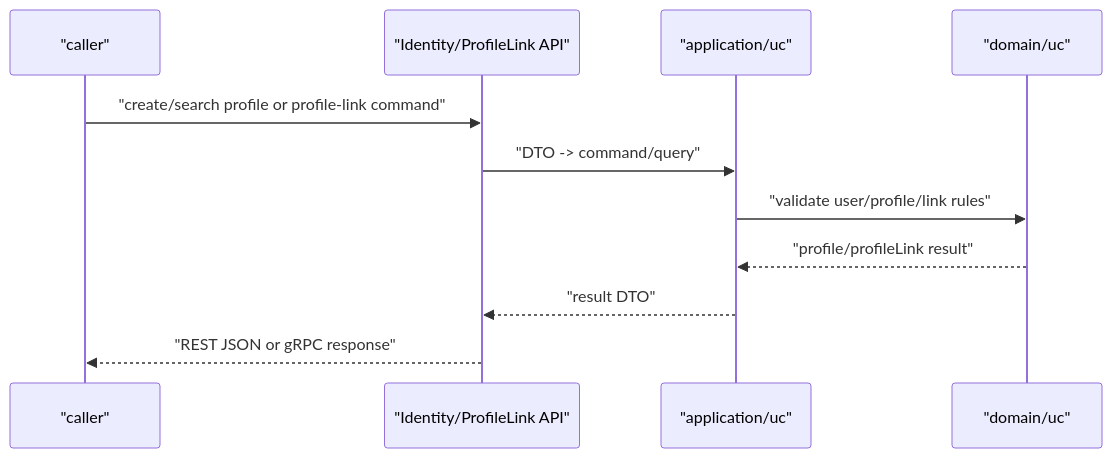
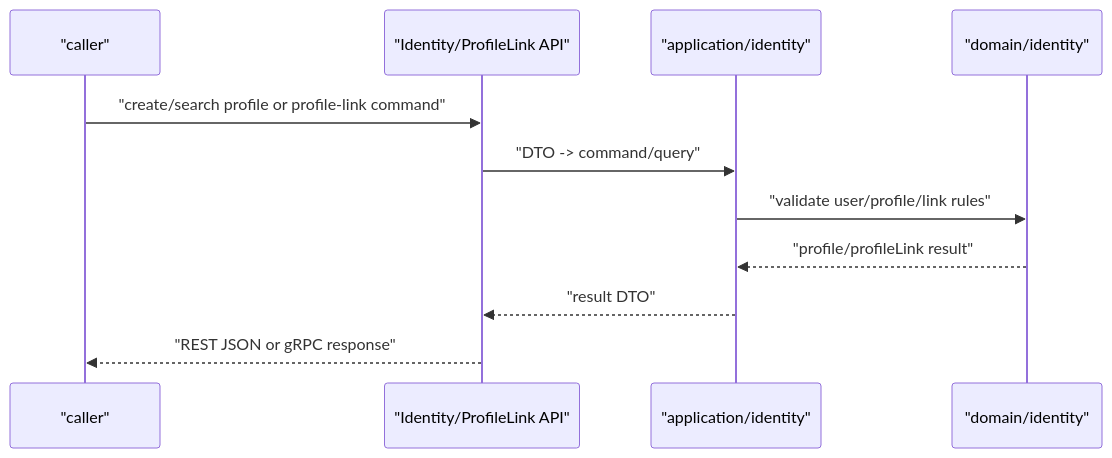
One commit to FangcunMount/iam changed the diagram in docs/_archive/03-接口与集成/04-身份接入与ProfileLink边界.md. Above: the diagram before and after it, drawn with Mermaid. The commit also changed other lines of this file and 215 other files, not shown here.

Commit message:
pref 模块重命名 uc -> identity，更新 domain、application、infra UoW、REST 引用、gRPC transport、架构护栏、初始化 SQL 和当前文档路径

````diff
--- a/docs/_archive/03-接口与集成/04-身份接入与ProfileLink边界.md
+++ b/docs/_archive/03-接口与集成/04-身份接入与ProfileLink边界.md
@@ -39,14 +39,14 @@
 ```mermaid
 sequenceDiagram
     participant Client as "caller"
     participant IAM as "Identity/ProfileLink API"
-    participant App as "application/uc"
-    participant Domain as "domain/uc"
+    participant App as "application/identity"
+    participant Domain as "domain/identity"
 
     Client->>IAM: "create/search profile or profile-link command"
     IAM->>App: "DTO -> command/query"
     App->>Domain: "validate user/profile/link rules"
     Domain-->>App: "profile/profileLink result"
     App-->>IAM: "result DTO"
     IAM-->>Client: "REST JSON or gRPC response"
 ```
````
